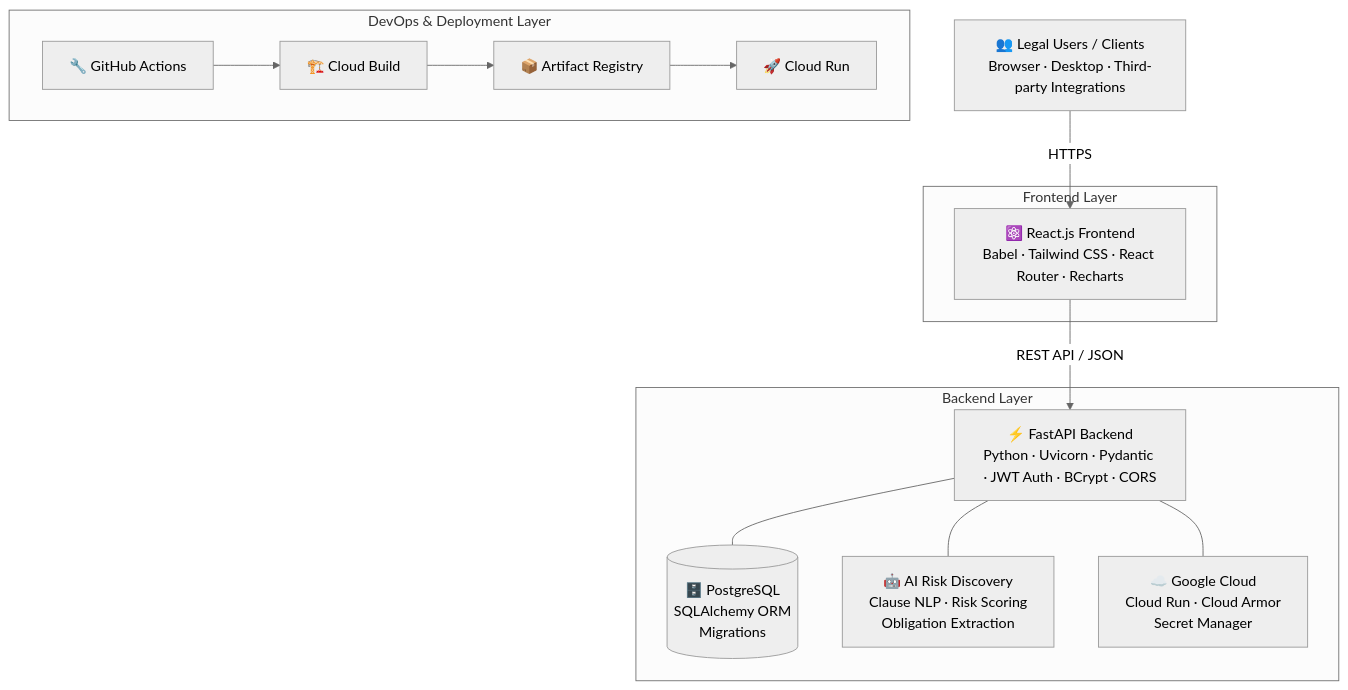
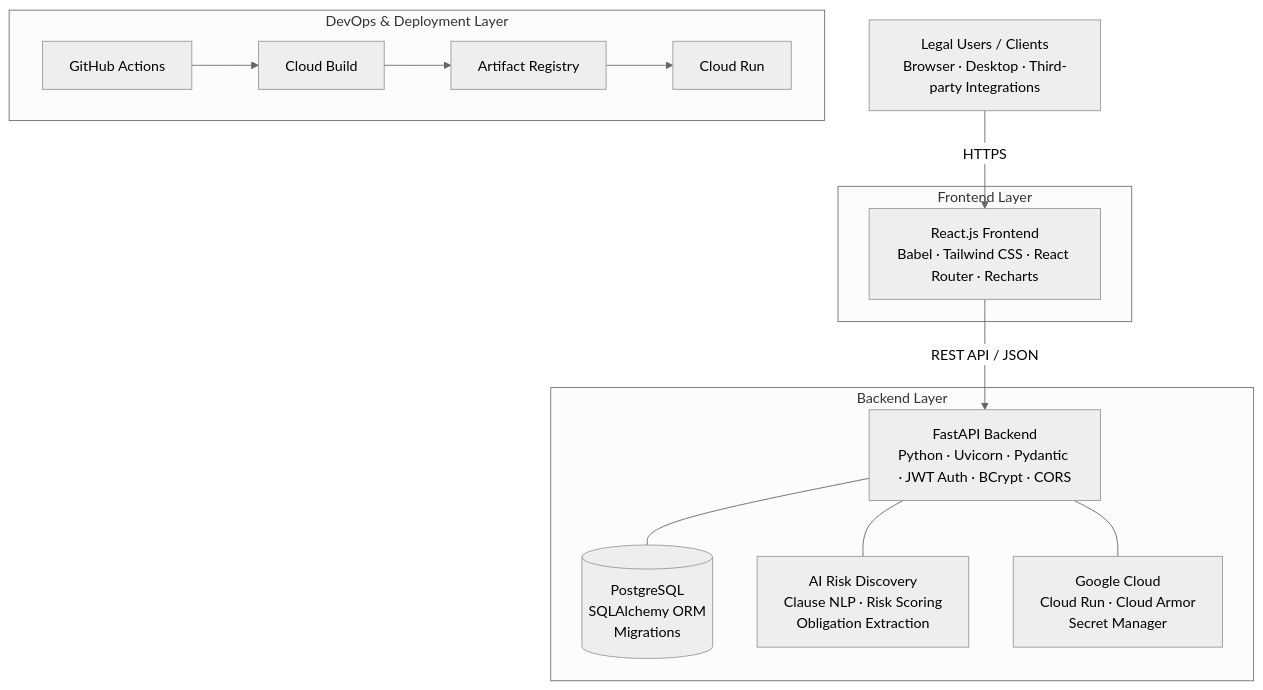
One commit to mahak-codes22/leximind-ai changed the first of 4 diagrams in README.md. Above: the diagram before and after it, drawn with Mermaid (neutral theme). The commit also changed other lines of this file, not shown here.

````diff
--- a/README.md
+++ b/README.md
@@ -67,29 +67,29 @@
 ```mermaid
 flowchart TD
-    A["👥 Legal Users / Clients\nBrowser · Desktop · Third-party Integrations"]
+    A[" Legal Users / Clients\nBrowser · Desktop · Third-party Integrations"]
 
     subgraph FE["Frontend Layer"]
-        B["⚛️ React.js Frontend\nBabel · Tailwind CSS · React Router · Recharts"]
+        B[" React.js Frontend\nBabel · Tailwind CSS · React Router · Recharts"]
     end
 
     subgraph BE["Backend Layer"]
-        C["⚡ FastAPI Backend\nPython · Uvicorn · Pydantic · JWT Auth · BCrypt · CORS"]
-        D[("🗄️ PostgreSQL\nSQLAlchemy ORM\nMigrations")]
-        E["🤖 AI Risk Discovery\nClause NLP · Risk Scoring\nObligation Extraction"]
-        F["☁️ Google Cloud\nCloud Run · Cloud Armor\nSecret Manager"]
+        C[" FastAPI Backend\nPython · Uvicorn · Pydantic · JWT Auth · BCrypt · CORS"]
+        D[(" PostgreSQL\nSQLAlchemy ORM\nMigrations")]
+        E[" AI Risk Discovery\nClause NLP · Risk Scoring\nObligation Extraction"]
+        F[" Google Cloud\nCloud Run · Cloud Armor\nSecret Manager"]
     end
 
     subgraph DevOps["DevOps & Deployment Layer"]
-        G["🔧 GitHub Actions"]
-        H["🏗️ Cloud Build"]
-        I["📦 Artifact Registry"]
-        J["🚀 Cloud Run"]
+        G[" GitHub Actions"]
+        H[" Cloud Build"]
+        I[" Artifact Registry"]
+        J[" Cloud Run"]
     end
 
     A -- "HTTPS" --> B
     B -- "REST API / JSON" --> C
     C --- D
     C --- E
     C --- F
     G --> H --> I --> J
 ```
````
